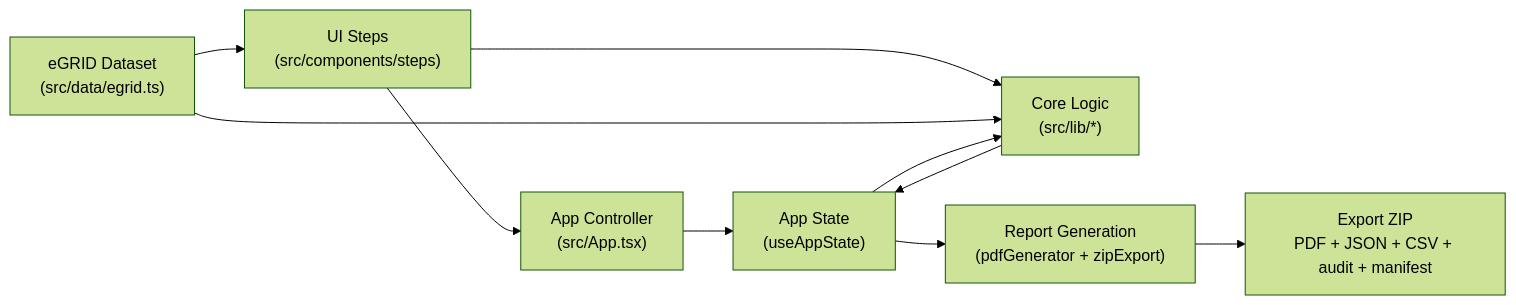
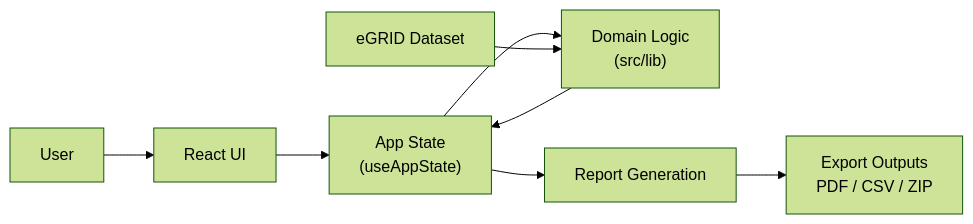
One commit to victorcastillo-pursuit/carbonlens changed the diagram in README.md. Above: the diagram before and after it, drawn with Mermaid (forest theme). The commit also changed other lines of this file, not shown here.

Commit message:
Simplify README architecture diagram for non-technical readers

````diff
--- a/README.md
+++ b/README.md
@@ -11,19 +11,18 @@
 ```mermaid
 flowchart LR
-  UI["UI Steps\n(src/components/steps)"]
-  APP["App Controller\n(src/App.tsx)"]
+  USER["User"]
+  UI["React UI"]
   STATE["App State\n(useAppState)"]
-  LIB["Core Logic\n(src/lib/*)"]
-  EGRID["eGRID Dataset\n(src/data/egrid.ts)"]
-  REPORT["Report Generation\n(pdfGenerator + zipExport)"]
-  OUT["Export ZIP\nPDF + JSON + CSV + audit + manifest"]
+  LIB["Domain Logic\n(src/lib)"]
+  DATA["eGRID Dataset"]
+  REPORT["Report Generation"]
+  OUT["Export Outputs\nPDF / CSV / ZIP"]
 
-  UI --> APP --> STATE
-  UI --> LIB
-  EGRID --> UI
-  EGRID --> LIB
+  USER --> UI
+  UI --> STATE
   STATE --> LIB
+  DATA --> LIB
+  LIB --> STATE
   STATE --> REPORT
-  LIB --> STATE
   REPORT --> OUT
 ```
````
